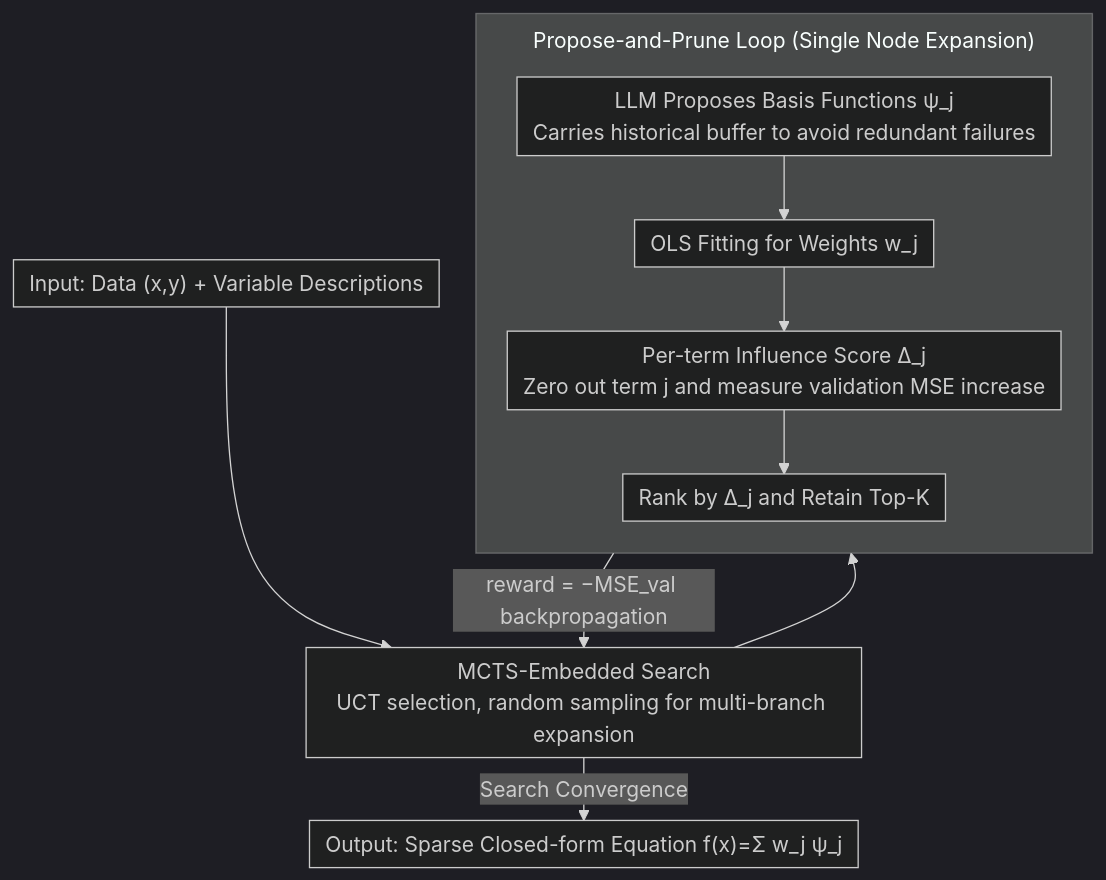
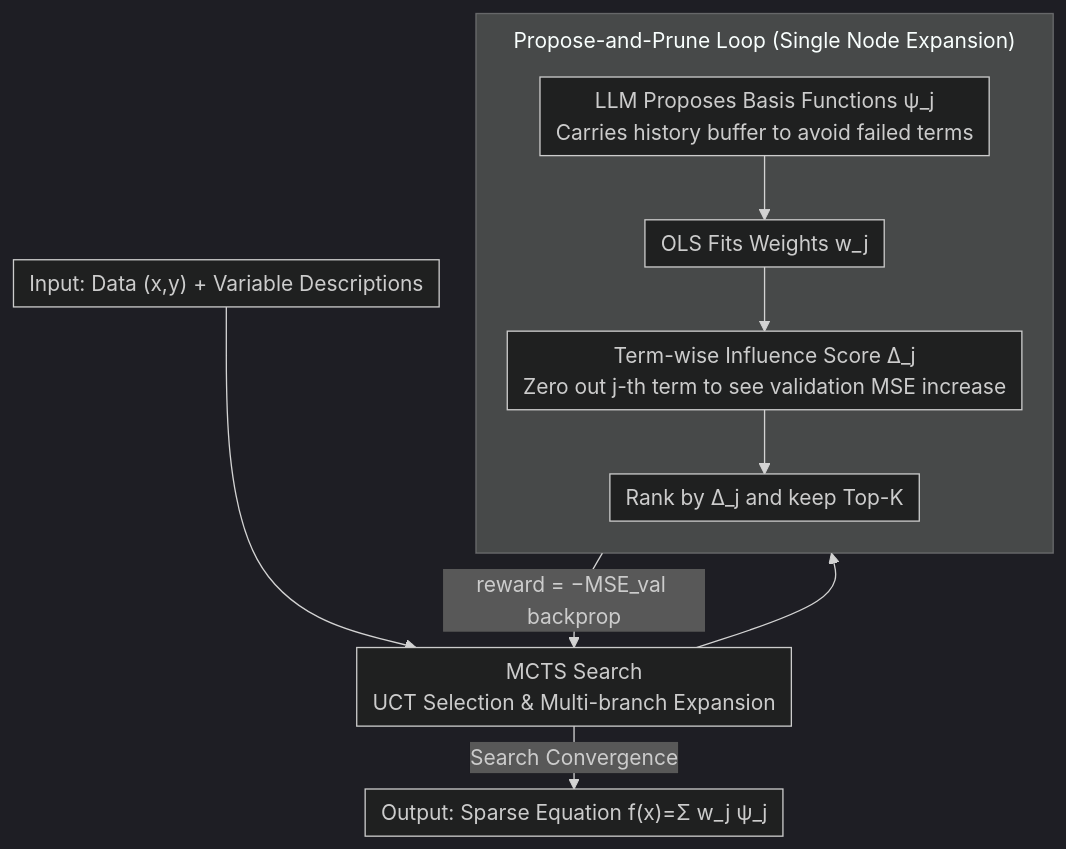
The diagram in docs/ICML2026/computational_biology/influence-guided_symbolic_regression_scientific_discovery_via_llm-driven_equatio.md (zhaoyang97/Paper-Notes-en), drawn with Mermaid (dark theme) before and after one commit. The commit also changed other lines of this file and 5084 other files, not shown here.

````diff
--- a/docs/ICML2026/computational_biology/influence-guided_symbolic_regression_scientific_discovery_via_llm-driven_equatio.md
+++ b/docs/ICML2026/computational_biology/influence-guided_symbolic_regression_scientific_discovery_via_llm-driven_equatio.md
@@ -43,14 +43,14 @@
 ```mermaid
 %%{init: {'flowchart': {'rankSpacing': 24, 'nodeSpacing': 28, 'padding': 6, 'wrappingWidth': 400, 'subGraphTitleMargin': {'top': 8, 'bottom': 16}}}}%%
 flowchart TD
-    A["Input: Data (x,y) + Variable Descriptions"] --> M["MCTS-Embedded Search<br/>UCT selection, random sampling for multi-branch expansion"]
+    A["Input: Data (x,y) + Variable Descriptions"] --> M["MCTS Search<br/>UCT Selection & Multi-branch Expansion"]
     M --> P
     subgraph P["Propose-and-Prune Loop (Single Node Expansion)"]
         direction TB
-        B["LLM Proposes Basis Functions ψ_j<br/>Carries historical buffer to avoid redundant failures"] --> C["OLS Fitting for Weights w_j"]
-        C --> D["Per-term Influence Score Δ_j<br/>Zero out term j and measure validation MSE increase"]
-        D --> E["Rank by Δ_j and Retain Top-K"]
+        B["LLM Proposes Basis Functions ψ_j<br/>Carries history buffer to avoid failed terms"] --> C["OLS Fits Weights w_j"]
+        C --> D["Term-wise Influence Score Δ_j<br/>Zero out j-th term to see validation MSE increase"]
+        D --> E["Rank by Δ_j and keep Top-K"]
     end
-    P -->|"reward = −MSE_val backpropagation"| M
-    M -->|Search Convergence| F["Output: Sparse Closed-form Equation f(x)=Σ w_j ψ_j"]
+    P -->|"reward = −MSE_val backprop"| M
+    M -->|Search Convergence| F["Output: Sparse Equation f(x)=Σ w_j ψ_j"]
 ```
````
